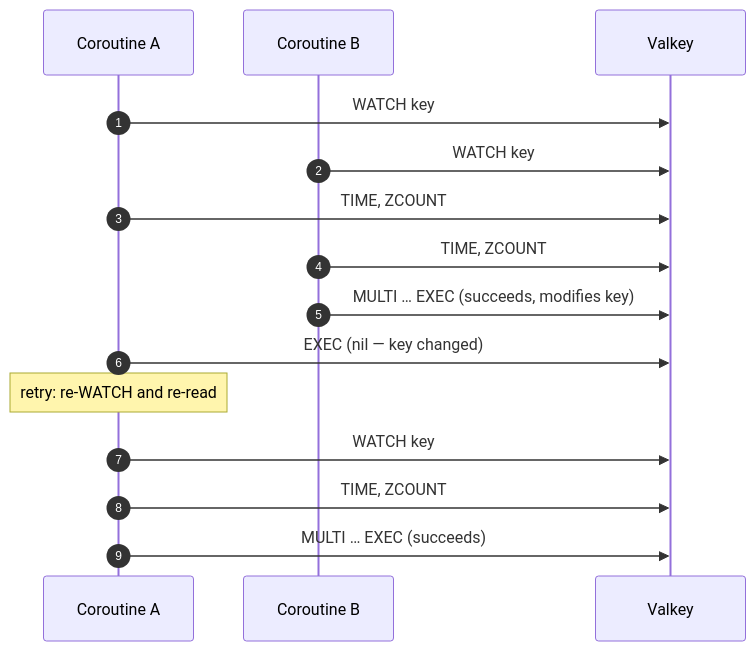
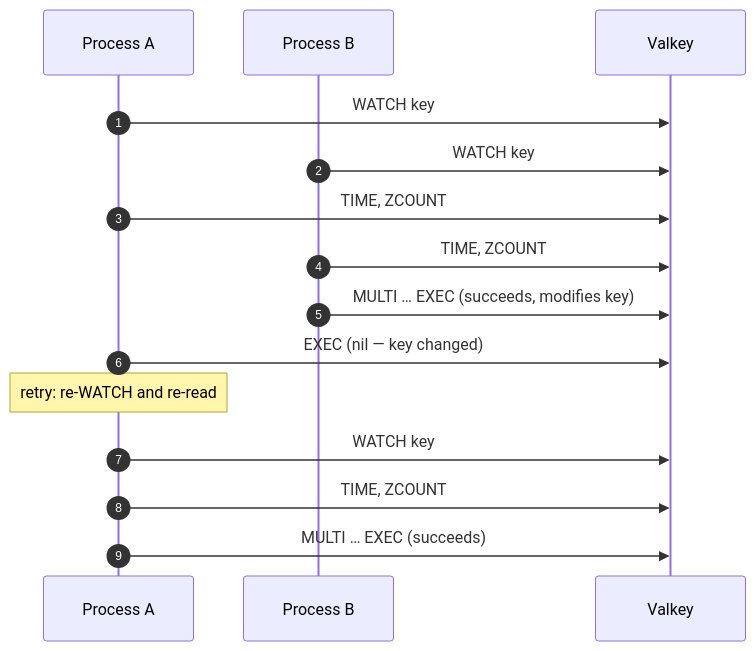
The second of 4 diagrams in examples/rate-limiter/sliding-window-python-fastapi/DESIGN.md (rlunar/valkey-examples), drawn with Mermaid before and after one commit. The commit also changed other lines of this file and 167 other files, not shown here.

````diff
--- a/examples/rate-limiter/sliding-window-python-fastapi/DESIGN.md
+++ b/examples/rate-limiter/sliding-window-python-fastapi/DESIGN.md
@@ -121,18 +142,18 @@
 ```mermaid
 sequenceDiagram
     autonumber
-    participant c1 as Coroutine A
-    participant c2 as Coroutine B
+    participant c1 as Process A
+    participant c2 as Process B
     participant v as Valkey
 
     c1->>v: WATCH key
     c2->>v: WATCH key
     c1->>v: TIME, ZCOUNT
     c2->>v: TIME, ZCOUNT
     c2->>v: MULTI … EXEC (succeeds, modifies key)
     c1->>v: EXEC (nil — key changed)
     note over c1: retry: re-WATCH and re-read
     c1->>v: WATCH key
     c1->>v: TIME, ZCOUNT
     c1->>v: MULTI … EXEC (succeeds)
 ```
````
